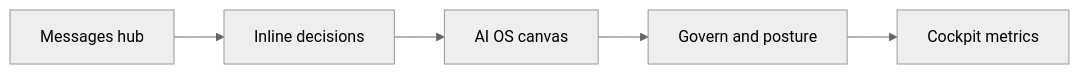
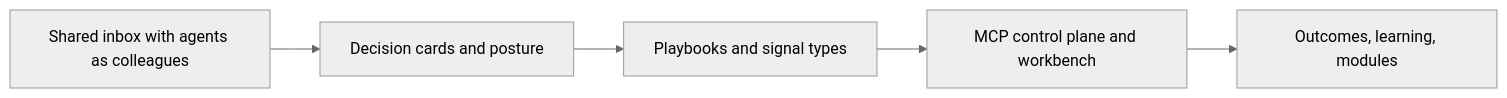
One commit to LorenzoBoers/BokitoAiV2 changed the diagram in docs/POSITIONING.md. Above: the diagram before and after it, drawn with Mermaid (neutral theme). The commit also changed other lines of this file and 6 other files, not shown here.

````diff
--- a/docs/POSITIONING.md
+++ b/docs/POSITIONING.md
@@ -42,7 +47,7 @@
 ```mermaid
 flowchart LR
-  Messages[Messages hub] --> Decisions[Inline decisions]
-  Decisions --> Canvas[AI OS canvas]
-  Canvas --> Govern[Govern and posture]
-  Govern --> Cockpit[Cockpit metrics]
+  Inbox[Shared inbox with agents as colleagues] --> Decisions[Decision cards and posture]
+  Decisions --> Playbooks[Playbooks and signal types]
+  Playbooks --> Control[MCP control plane and workbench]
+  Control --> Twin[Outcomes, learning, modules]
 ```
````
